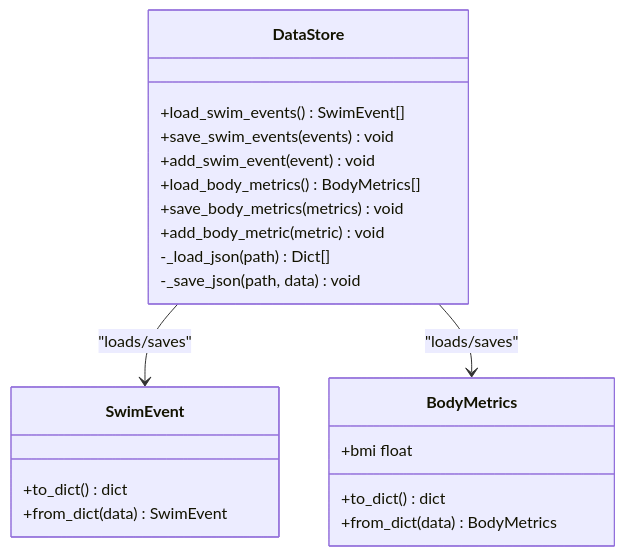
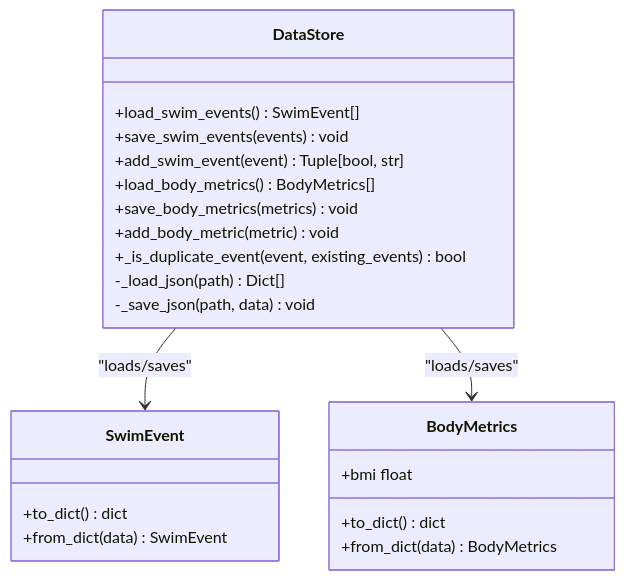
The third of 7 diagrams in .qoder/repowiki/en/content/Core Components/Data Persistence Layer.md (Johnny22056/SwimingStatus), drawn with Mermaid before and after one commit. The commit also changed other lines of this file and 4 other files, not shown here.

First line of the commit message:
feat: UI modernization - dark theme, KPI cards, chart subtitles, table & button styling

````diff
--- a/.qoder/repowiki/en/content/Core Components/Data Persistence Layer.md
+++ b/.qoder/repowiki/en/content/Core Components/Data Persistence Layer.md
@@ -142,24 +159,25 @@
 ```mermaid
 classDiagram
 class DataStore {
 +load_swim_events() SwimEvent[]
 +save_swim_events(events) void
-+add_swim_event(event) void
++add_swim_event(event) Tuple[bool, str]
 +load_body_metrics() BodyMetrics[]
 +save_body_metrics(metrics) void
 +add_body_metric(metric) void
++_is_duplicate_event(event, existing_events) bool
 -_load_json(path) Dict[]
 -_save_json(path, data) void
 }
 class SwimEvent {
 +to_dict() dict
 +from_dict(data) SwimEvent
 }
 class BodyMetrics {
 +to_dict() dict
 +from_dict(data) BodyMetrics
 +bmi float
 }
 DataStore --> SwimEvent : "loads/saves"
 DataStore --> BodyMetrics : "loads/saves"
 ```
````
